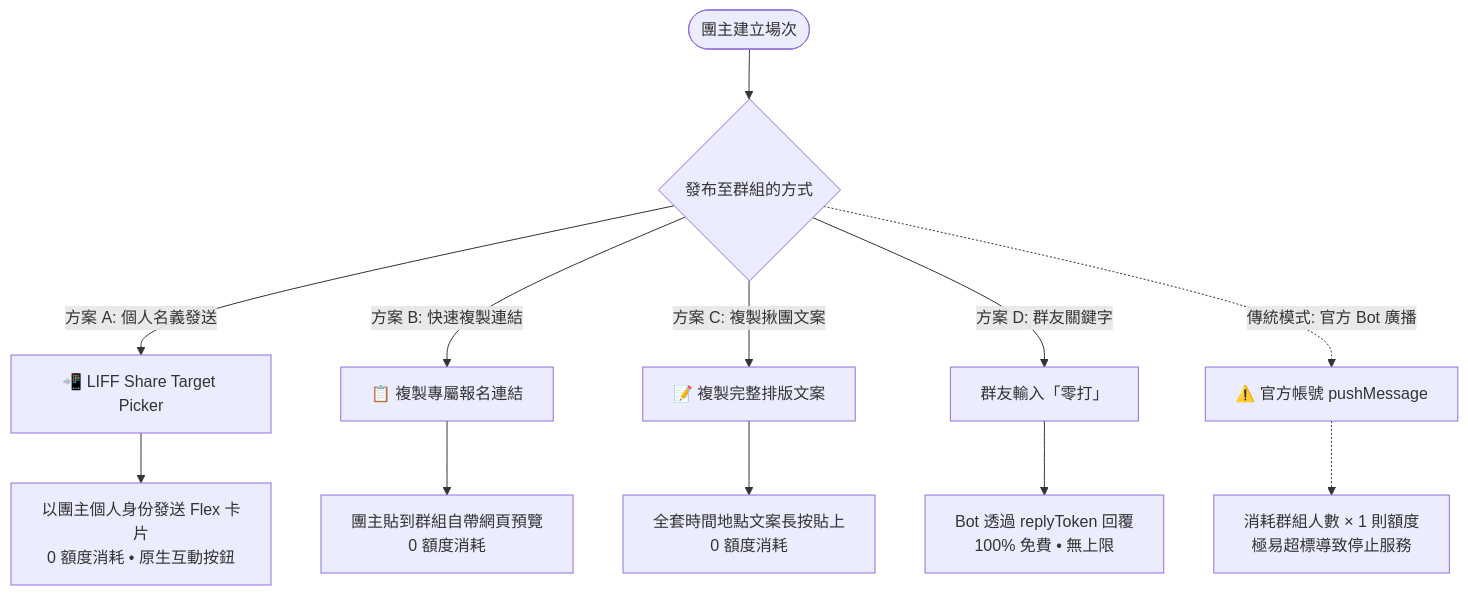
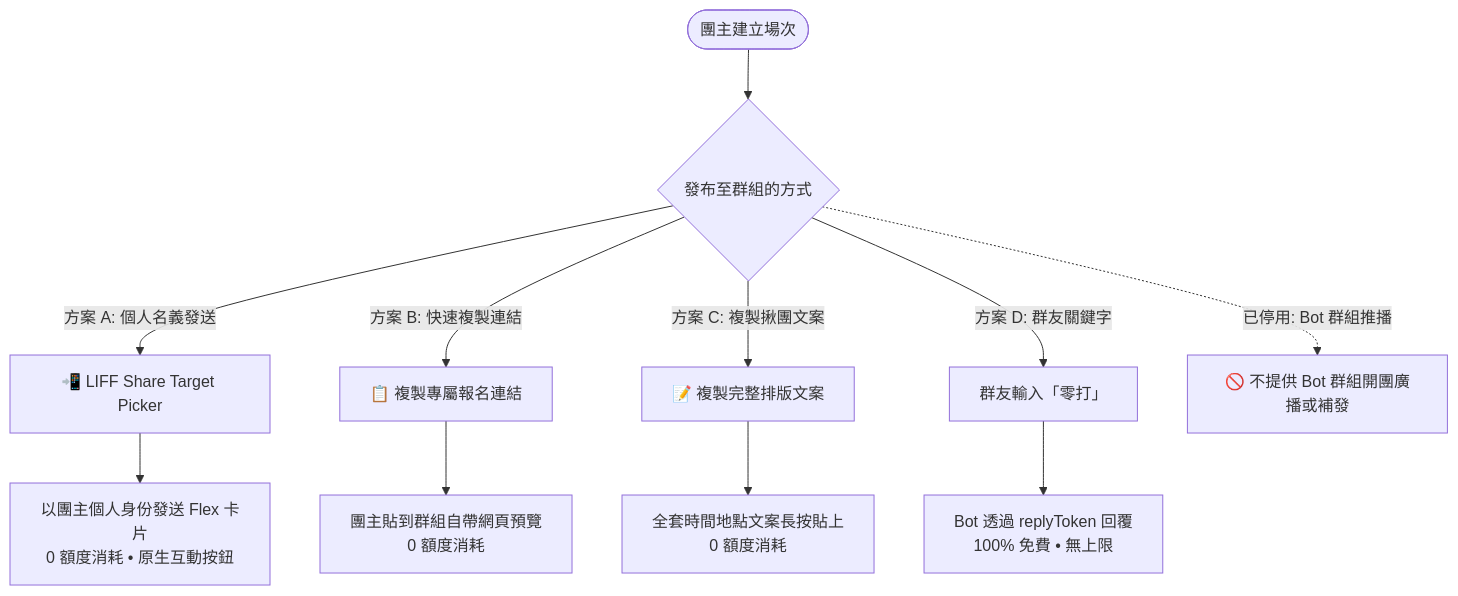
One commit to lulu-lovebird/badminton-line-bot changed the first of 2 diagrams in README.md. Above: the diagram before and after it, drawn with Mermaid. The commit also changed other lines of this file and 8 other files, not shown here.

````diff
--- a/README.md
+++ b/README.md
@@ -67,19 +67,18 @@
 ```mermaid
 flowchart TD
     Host(["團主建立場次"]) --> Decision{"發布至群組的方式"}
     
     Decision -->|"方案 A: 個人名義發送"| SharePicker["📲 LIFF Share Target Picker"]
     SharePicker --> HostSends["以團主個人身份發送 Flex 卡片<br>0 額度消耗 • 原生互動按鈕"]
     
     Decision -->|"方案 B: 快速複製連結"| CopyUrl["📋 複製專屬報名連結"]
     CopyUrl --> PasteUrl["團主貼到群組自帶網頁預覽<br>0 額度消耗"]
     
     Decision -->|"方案 C: 複製揪團文案"| CopyText["📝 複製完整排版文案"]
     CopyText --> PasteText["全套時間地點文案長按貼上<br>0 額度消耗"]
     
     Decision -->|"方案 D: 群友關鍵字"| Keyword["群友輸入「零打」"]
     Keyword --> ReplyToken["Bot 透過 replyToken 回覆<br>100% 免費 • 無上限"]
     
-    Decision -.->|"傳統模式: 官方 Bot 廣播"| BotPush["⚠️ 官方帳號 pushMessage"]
-    BotPush -.-> Consume["消耗群組人數 × 1 則額度<br>極易超標導致停止服務"]
+    Decision -.->|"已停用: Bot 群組推播"| BotPush["🚫 不提供 Bot 群組開團廣播或補發"]
 ```
````
